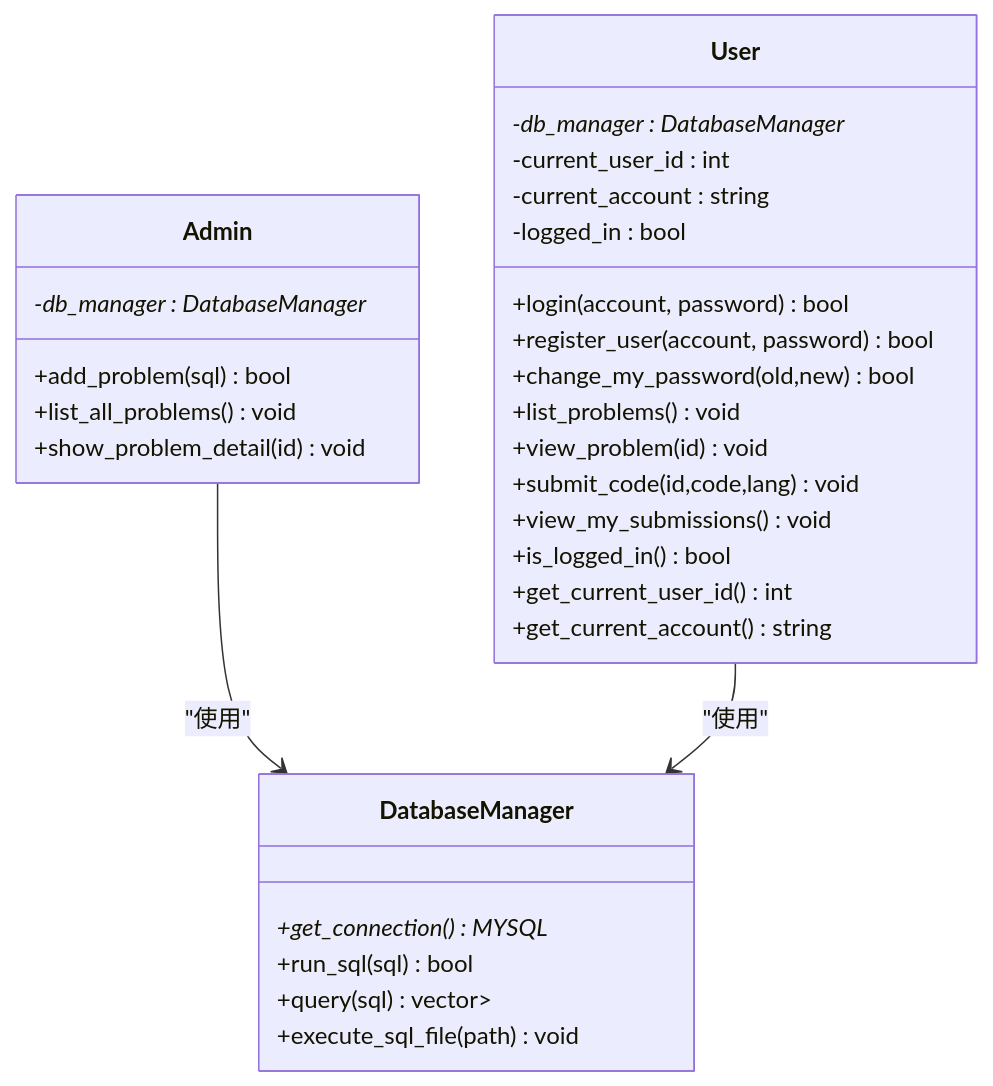
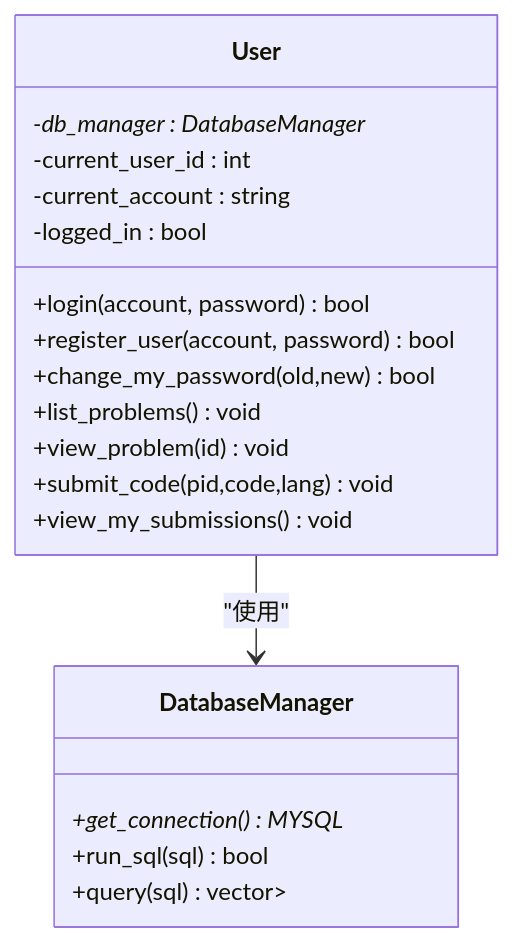
Before and after one commit to jinpeng900/OJ-Test: the fourth of 4 diagrams in .qoder/repowiki/zh/content/数据库设计.md, drawn with Mermaid. The commit also changed other lines of this file and 65 other files, not shown here.

````diff
--- a/.qoder/repowiki/zh/content/数据库设计.md
+++ b/.qoder/repowiki/zh/content/数据库设计.md
@@ -348,33 +279,22 @@
 ```mermaid
 classDiagram
 class DatabaseManager {
 +get_connection() MYSQL*
 +run_sql(sql) bool
 +query(sql) vector<map<string,string>>
-+execute_sql_file(path) void
-}
-class Admin {
--db_manager : DatabaseManager*
-+add_problem(sql) bool
-+list_all_problems() void
-+show_problem_detail(id) void
 }
 class User {
 -db_manager : DatabaseManager*
 -current_user_id : int
 -current_account : string
 -logged_in : bool
 +login(account, password) bool
 +register_user(account, password) bool
 +change_my_password(old,new) bool
 +list_problems() void
 +view_problem(id) void
-+submit_code(id,code,lang) void
++submit_code(pid,code,lang) void
 +view_my_submissions() void
-+is_logged_in() bool
-+get_current_user_id() int
-+get_current_account() string
 }
-Admin --> DatabaseManager : "使用"
 User --> DatabaseManager : "使用"
 ```
````
